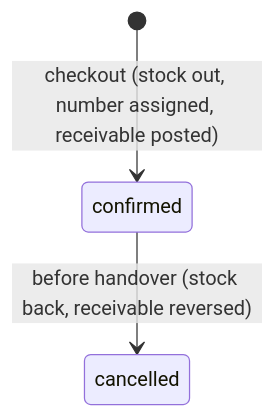
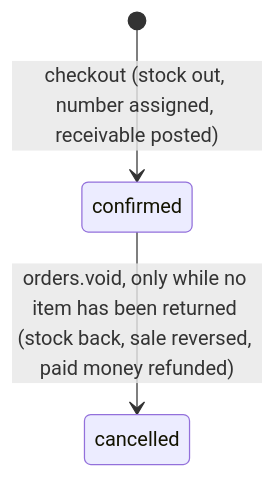
The third of 4 diagrams in Architecture.md (DinaHnamte/jehova-jire-retail-management-system), drawn with Mermaid before and after one commit. The commit also changed other lines of this file and 1 other file, not shown here.

````diff
--- a/Architecture.md
+++ b/Architecture.md
@@ -449,5 +449,5 @@
 ```mermaid
 stateDiagram-v2
     [*] --> confirmed: checkout (stock out, number assigned, receivable posted)
-    confirmed --> cancelled: before handover (stock back, receivable reversed)
+    confirmed --> cancelled: orders.void, only while no item has been returned (stock back, sale reversed, paid money refunded)
 ```
````
